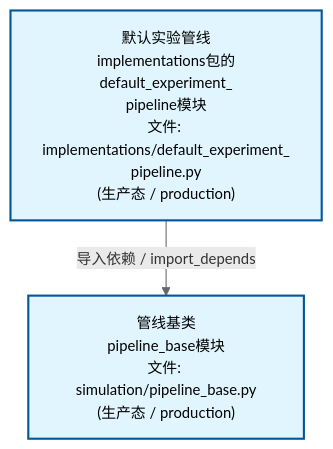
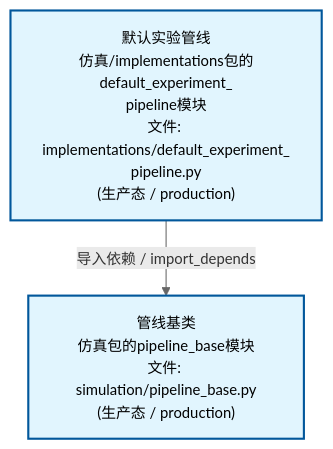
The second of 4 diagrams in docs/02_enterprise_architecture/02_domain_architecture_docs/70_d_simulation.md (xuanFelixVan/ZephyrAlpha), drawn with Mermaid before and after one commit. The commit also changed other lines of this file and 58 other files, not shown here.

````diff
--- a/docs/02_enterprise_architecture/02_domain_architecture_docs/70_d_simulation.md
+++ b/docs/02_enterprise_architecture/02_domain_architecture_docs/70_d_simulation.md
@@ -95,12 +95,12 @@
 ```mermaid
 %%{init: {'theme': 'base', 'themeVariables': {'primaryColor': '#eaeaea', 'primaryTextColor': '#333333', 'primaryBorderColor': '#666666', 'lineColor': '#666666', 'secondaryColor': '#eaeaea', 'tertiaryColor': '#eaeaea', 'fontSize': '14px'}}}%%
 flowchart TD
-    src_zephyr_simulation_implementations_default_experiment_pipeline_py["默认实验管线<br/>implementations包的default_experiment_<br/>pipeline模块<br/>文件: implementations/default_experiment_<br/>pipeline.py<br/>(生产态 / production)"]
-    src_zephyr_simulation_pipeline_base_py["管线基类<br/>pipeline_base模块<br/>文件: simulation/pipeline_base.py<br/>(生产态 / production)"]
+    src_zephyr_simulation_implementations_default_experiment_pipeline_py["默认实验管线<br/>仿真/implementations包的default_experiment_<br/>pipeline模块<br/>文件: implementations/default_experiment_<br/>pipeline.py<br/>(生产态 / production)"]
+    src_zephyr_simulation_pipeline_base_py["管线基类<br/>仿真包的pipeline_base模块<br/>文件: simulation/pipeline_base.py<br/>(生产态 / production)"]
     src_zephyr_simulation_implementations_default_experiment_pipeline_py -->|导入依赖 / import_depends| src_zephyr_simulation_pipeline_base_py
     classDef production fill:#e1f5fe,stroke:#01579b,stroke-width:2px,color:#000
     classDef design fill:#fff3e0,stroke:#e65100,stroke-width:2px,color:#000,stroke-dasharray: 5 5
     classDef external_prod fill:#e8f4fd,stroke:#0277bd,stroke-width:1px,color:#000
     classDef external_design fill:#fff8e7,stroke:#ef6c00,stroke-width:1px,color:#000,stroke-dasharray: 5 5
     class src_zephyr_simulation_implementations_default_experiment_pipeline_py,src_zephyr_simulation_pipeline_base_py production
 ```
````
